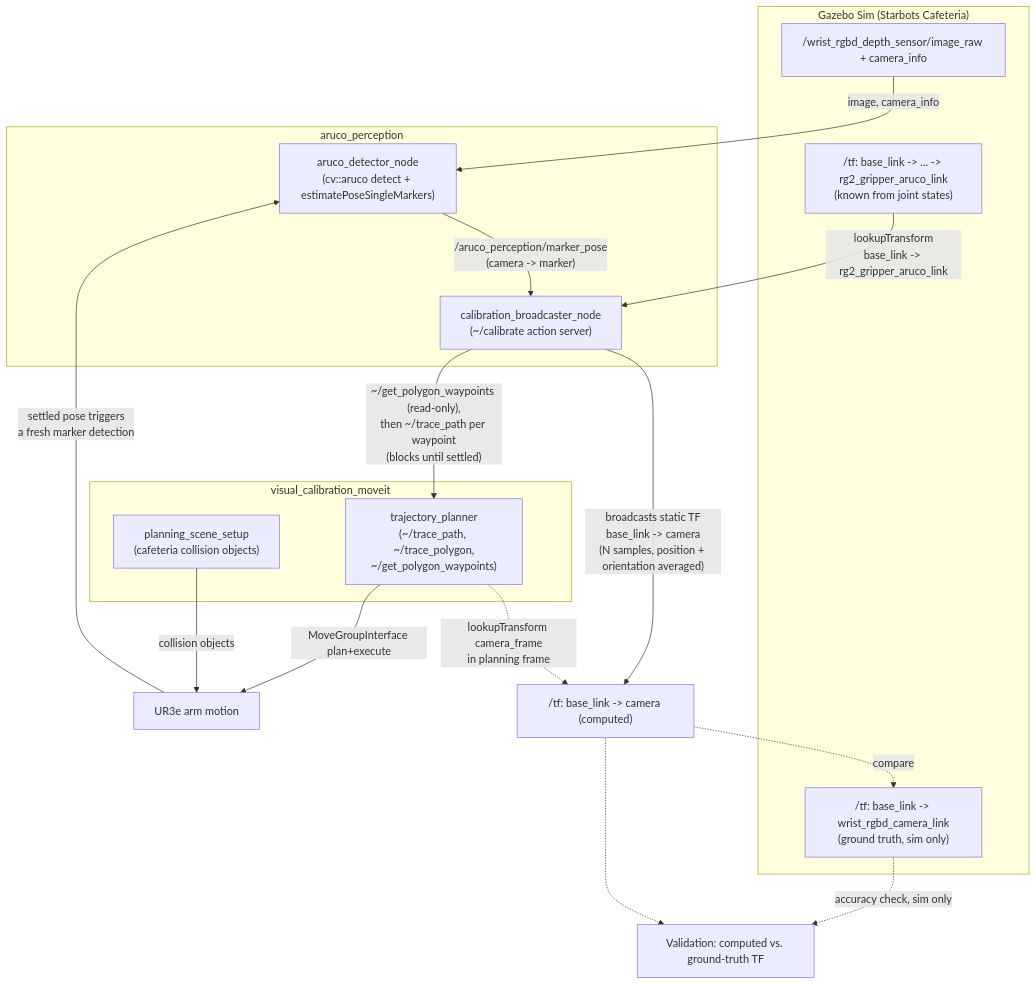
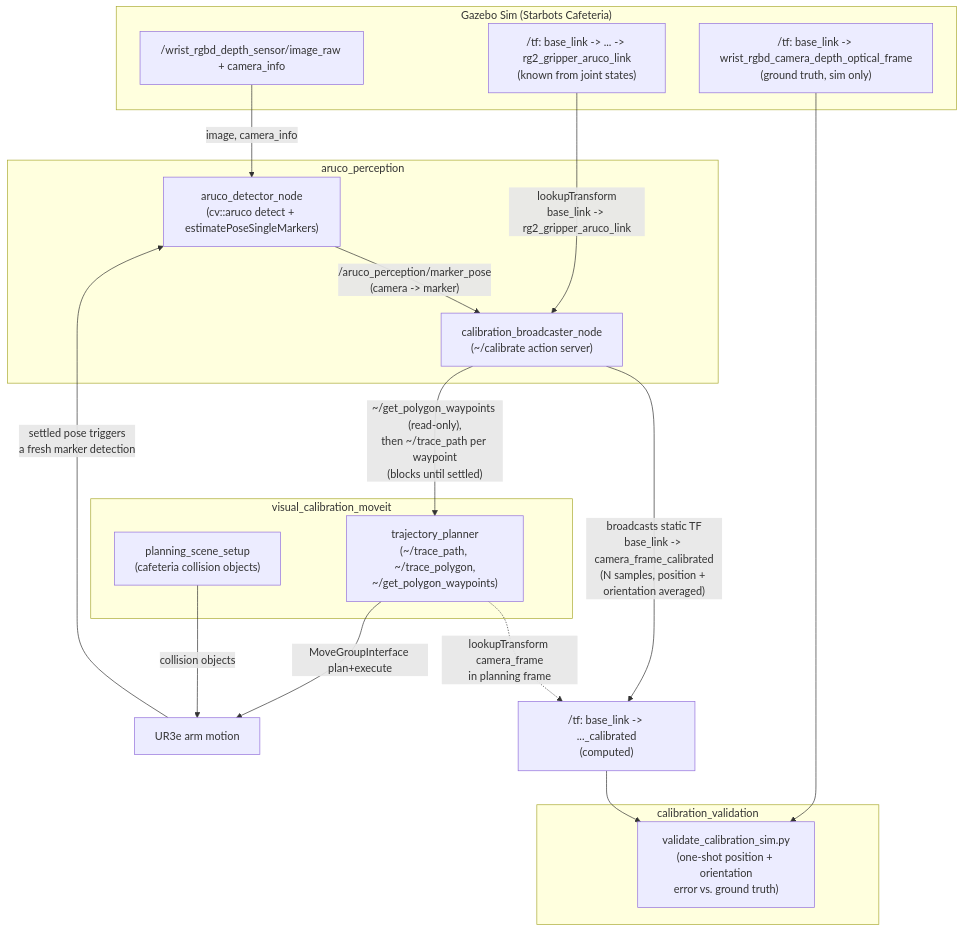
Before and after one commit to tesarect/aruco_visual_calibration: the diagram in resources/docs/architecture.md, drawn with Mermaid. The commit also changed other lines of this file and 20 other files, not shown here.

Commit message:
add minimal calibration validation

````diff
--- a/resources/docs/architecture.md
+++ b/resources/docs/architecture.md
@@ -61,34 +66,36 @@
 ```mermaid
 flowchart TD
     subgraph Sim["Gazebo Sim (Starbots Cafeteria)"]
         CAM["/wrist_rgbd_depth_sensor/image_raw + camera_info"]
         TF_KNOWN["/tf: base_link -> ... -> rg2_gripper_aruco_link\n(known from joint states)"]
-        TF_GT["/tf: base_link -> wrist_rgbd_camera_link\n(ground truth, sim only)"]
+        TF_GT["/tf: base_link -> wrist_rgbd_camera_depth_optical_frame\n(ground truth, sim only)"]
     end
 
     subgraph AP["aruco_perception"]
         DET["aruco_detector_node\n(cv::aruco detect + estimatePoseSingleMarkers)"]
         CB["calibration_broadcaster_node\n(~/calibrate action server)"]
     end
 
     subgraph MV["visual_calibration_moveit"]
         PSS["planning_scene_setup\n(cafeteria collision objects)"]
         TP["trajectory_planner\n(~/trace_path, ~/trace_polygon,\n~/get_polygon_waypoints)"]
     end
 
     CAM -->|image, camera_info| DET
     DET -->|"/aruco_perception/marker_pose\n(camera -> marker)"| CB
     TF_KNOWN -->|"lookupTransform\nbase_link -> rg2_gripper_aruco_link"| CB
-    CB -->|"broadcasts static TF\nbase_link -> camera\n(N samples, position + orientation averaged)"| TF_OUT["/tf: base_link -> camera (computed)"]
+    CB -->|"broadcasts static TF\nbase_link -> camera_frame_calibrated\n(N samples, position + orientation averaged)"| TF_OUT["/tf: base_link -> ..._calibrated\n(computed)"]
 
     CB -->|"~/get_polygon_waypoints (read-only),\nthen ~/trace_path per waypoint\n(blocks until settled)"| TP
     TP -.->|"lookupTransform camera_frame\nin planning frame"| TF_OUT
     TP -->|MoveGroupInterface plan+execute| ARM["UR3e arm motion"]
     PSS -->|collision objects| ARM
 
-    TF_OUT -.->|compare| TF_GT
-    TF_GT -.->|accuracy check, sim only| VALIDATE["Validation: computed vs. ground-truth TF"]
-    TF_OUT -.-> VALIDATE
+    subgraph CV["calibration_validation"]
+        VALIDATE["validate_calibration_sim.py\n(one-shot position + orientation\nerror vs. ground truth)"]
+    end
+    TF_OUT --> VALIDATE
+    TF_GT --> VALIDATE
 
     ARM -->|"settled pose triggers\na fresh marker detection"| DET
 ```
````
